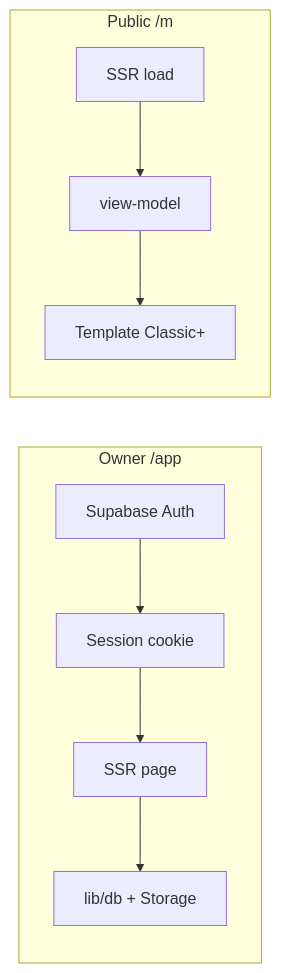
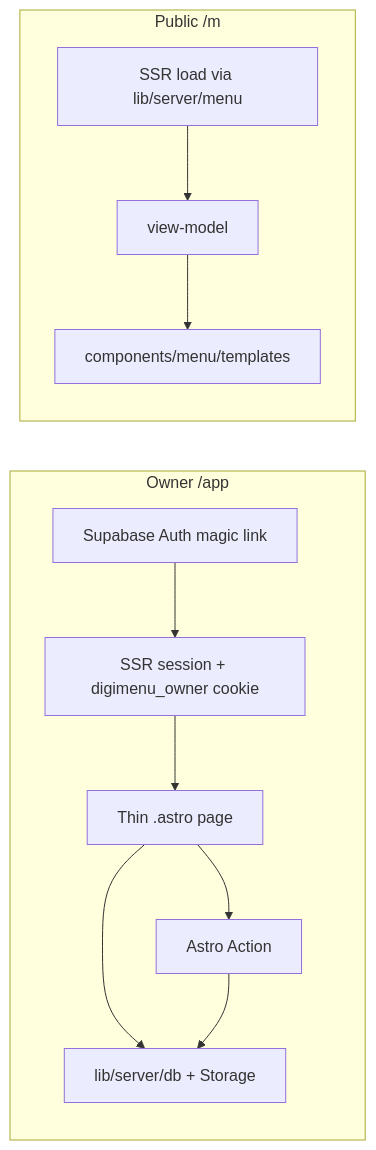
Before and after one commit to nachomallavia/digimenu-v2: the second of 2 diagrams in AGENTS.md, drawn with Mermaid. The commit also changed other lines of this file, not shown here.

````diff
--- a/AGENTS.md
+++ b/AGENTS.md
@@ -86,12 +135,14 @@
 ```mermaid
 flowchart LR
   subgraph owner [Owner /app]
-    A[Supabase Auth] --> B[Session cookie]
-    B --> C[SSR page]
-    C --> D[lib/db + Storage]
+    A[Supabase Auth magic link] --> B[SSR session + digimenu_owner cookie]
+    B --> C[Thin .astro page]
+    C --> D[lib/server/db + Storage]
+    C --> E[Astro Action]
+    E --> D
   end
   subgraph public [Public /m]
-    E[SSR load] --> F[view-model]
-    F --> G[Template Classic+]
+    F[SSR load via lib/server/menu] --> G[view-model]
+    G --> H[components/menu/templates]
   end
 ```
````
